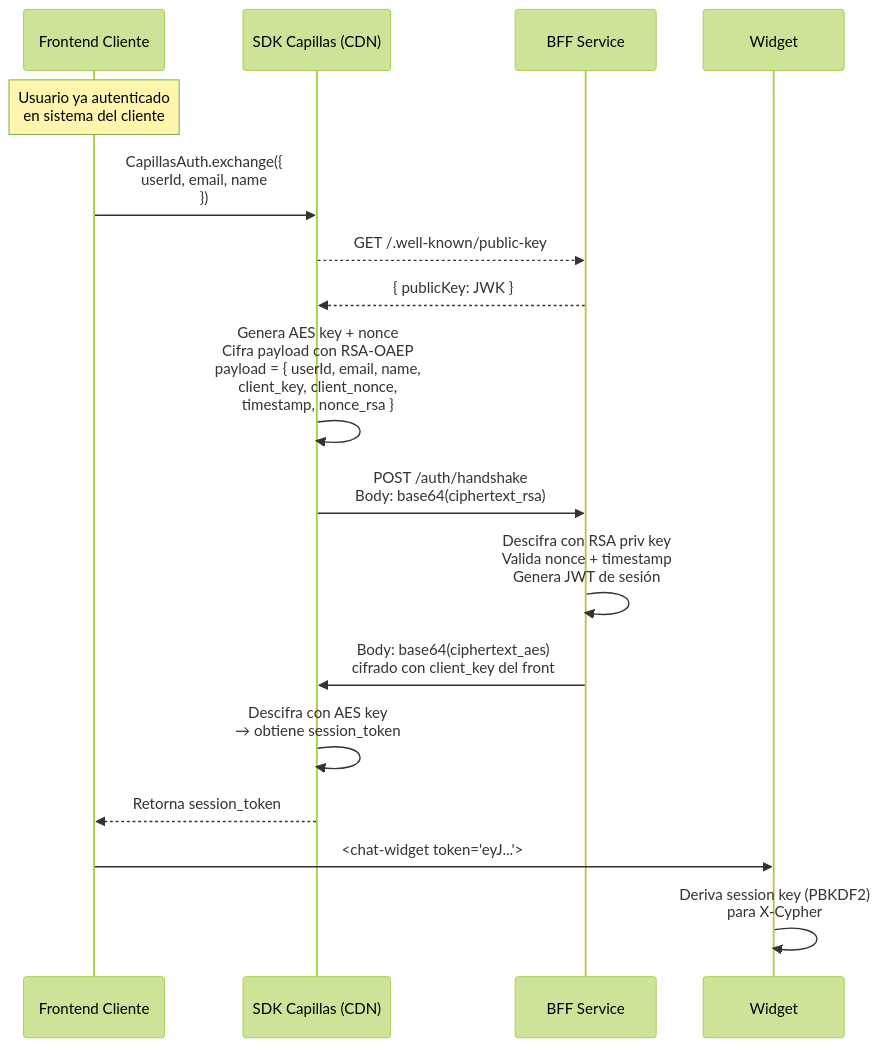
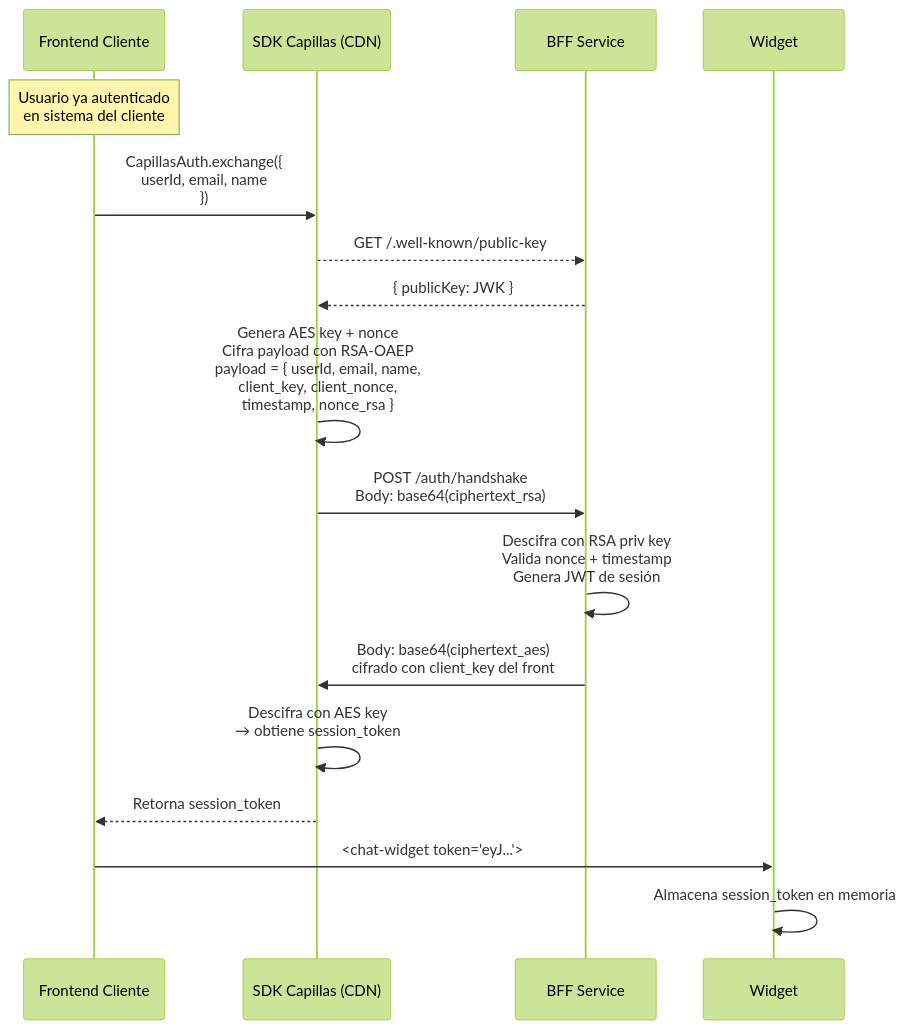
The third of 9 diagrams in docs/propuesta_tecnologica.md (johnruedal96/capillas), drawn with Mermaid (forest theme) before and after one commit. The commit also changed other lines of this file and 1 other file, not shown here.

Commit message:
update cypher

````diff
--- a/docs/propuesta_tecnologica.md
+++ b/docs/propuesta_tecnologica.md
@@ -165,19 +165,19 @@
 ```mermaid
 sequenceDiagram
     participant Front as Frontend Cliente
     participant SDK as SDK Capillas (CDN)
     participant BFF as BFF Service
 
     Note over Front: Usuario ya autenticado<br/>en sistema del cliente
     Front->>SDK: CapillasAuth.exchange({<br/>  userId, email, name<br/>})
     SDK-->>BFF: GET /.well-known/public-key
     BFF-->>SDK: { publicKey: JWK }
     SDK->>SDK: Genera AES key + nonce<br/>Cifra payload con RSA-OAEP<br/>payload = { userId, email, name,<br/>  client_key, client_nonce,<br/>  timestamp, nonce_rsa }
     SDK->>BFF: POST /auth/handshake<br/>Body: base64(ciphertext_rsa)
     BFF->>BFF: Descifra con RSA priv key<br/>Valida nonce + timestamp<br/>Genera JWT de sesión
     BFF->>SDK: Body: base64(ciphertext_aes)<br/>cifrado con client_key del front
     SDK->>SDK: Descifra con AES key<br/>→ obtiene session_token
     SDK-->>Front: Retorna session_token
     Front->>Widget: <chat-widget token="eyJ...">
-    Widget->>Widget: Deriva session key (PBKDF2)<br/>para X-Cypher
+    Widget->>Widget: Almacena session_token en memoria
 ```
````
